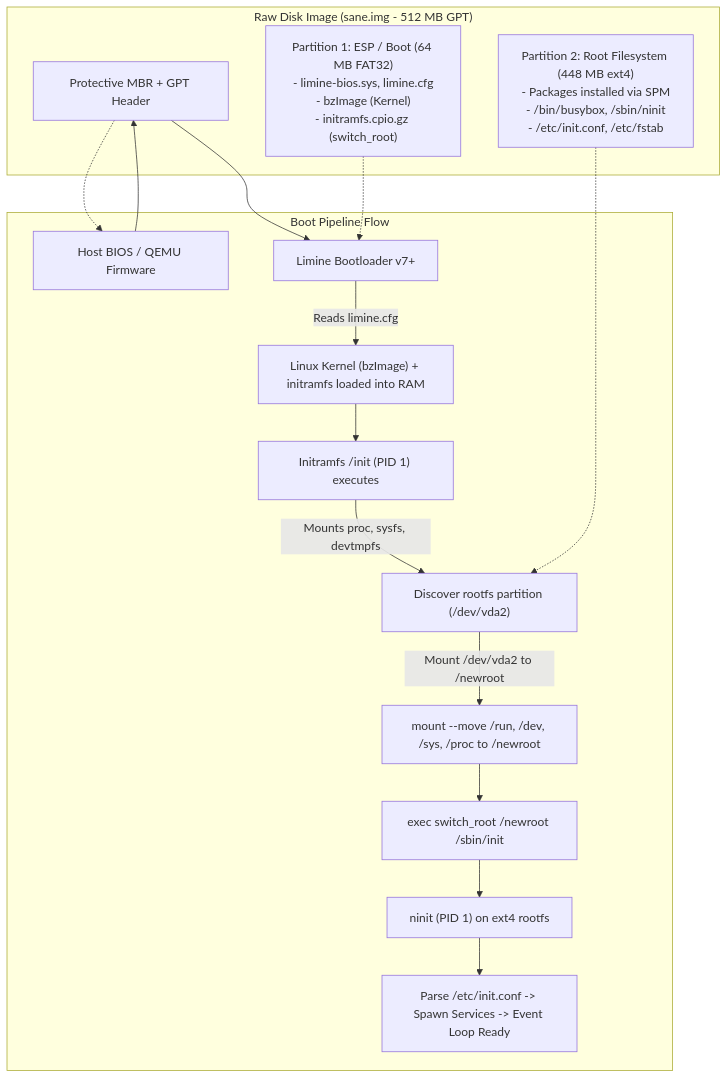
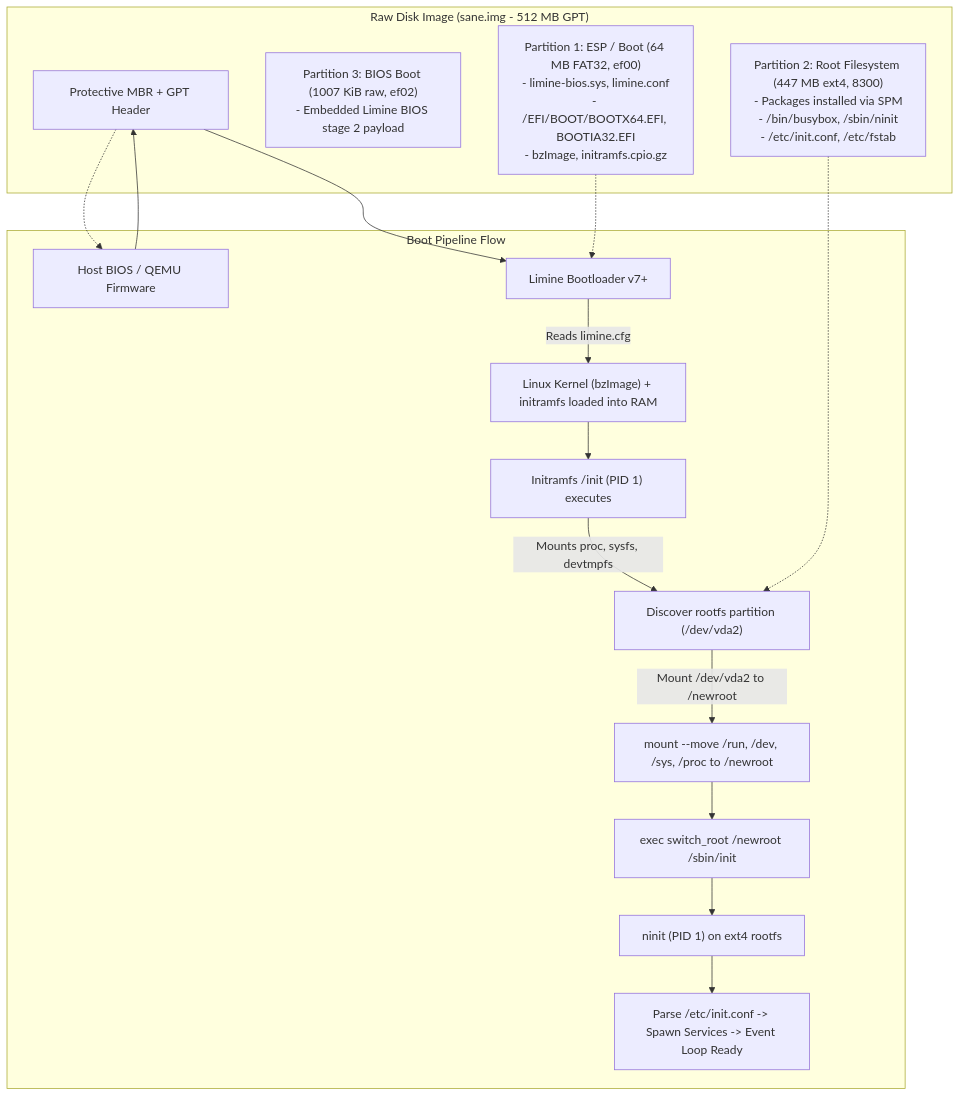
The diagram in doc/distro-image-builder.md (Iky969/sane-linux), drawn with Mermaid before and after one commit. The commit also changed other lines of this file and 12 other files, not shown here.

Commit message:
fix(image,spm): real UEFI dual-boot support, upgrade rdeps pruning, image permissions & partition docs

````diff
--- a/doc/distro-image-builder.md
+++ b/doc/distro-image-builder.md
@@ -13,24 +13,25 @@
 ```mermaid
 flowchart TD
     subgraph Storage ["Raw Disk Image (sane.img - 512 MB GPT)"]
         MBR["Protective MBR + GPT Header"]
-        P1["Partition 1: ESP / Boot (64 MB FAT32)\n- limine-bios.sys, limine.cfg\n- bzImage (Kernel)\n- initramfs.cpio.gz (switch_root)"]
-        P2["Partition 2: Root Filesystem (448 MB ext4)\n- Packages installed via SPM\n- /bin/busybox, /sbin/ninit\n- /etc/init.conf, /etc/fstab"]
+        P3["Partition 3: BIOS Boot (1007 KiB raw, ef02)\n- Embedded Limine BIOS stage 2 payload"]
+        P1["Partition 1: ESP / Boot (64 MB FAT32, ef00)\n- limine-bios.sys, limine.conf\n- /EFI/BOOT/BOOTX64.EFI, BOOTIA32.EFI\n- bzImage, initramfs.cpio.gz"]
+        P2["Partition 2: Root Filesystem (447 MB ext4, 8300)\n- Packages installed via SPM\n- /bin/busybox, /sbin/ninit\n- /etc/init.conf, /etc/fstab"]
     end
 
     subgraph BootStage ["Boot Pipeline Flow"]
         BIOS["Host BIOS / QEMU Firmware"] --> MBR
         MBR --> LIMINE["Limine Bootloader v7+"]
         LIMINE -->|Reads limine.cfg| KERNEL["Linux Kernel (bzImage) + initramfs loaded into RAM"]
         KERNEL --> INITRAMFS["Initramfs /init (PID 1) executes"]
         INITRAMFS -->|Mounts proc, sysfs, devtmpfs| SCAN["Discover rootfs partition (/dev/vda2)"]
         SCAN -->|Mount /dev/vda2 to /newroot| MOVE["mount --move /run, /dev, /sys, /proc to /newroot"]
         MOVE --> SWITCH["exec switch_root /newroot /sbin/init"]
         SWITCH --> NINIT["ninit (PID 1) on ext4 rootfs"]
         NINIT --> READY["Parse /etc/init.conf -> Spawn Services -> Event Loop Ready"]
     end
 
     MBR -.-> BIOS
     P1 -.-> LIMINE
     P2 -.-> SCAN
 ```
````
